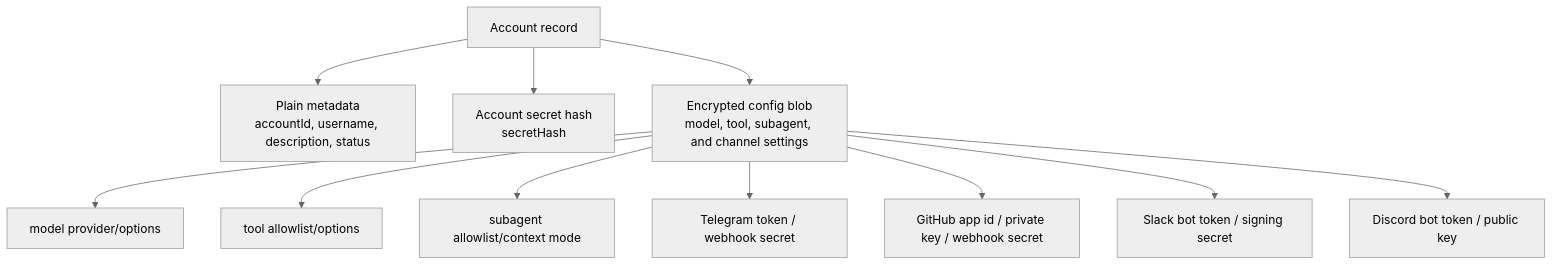
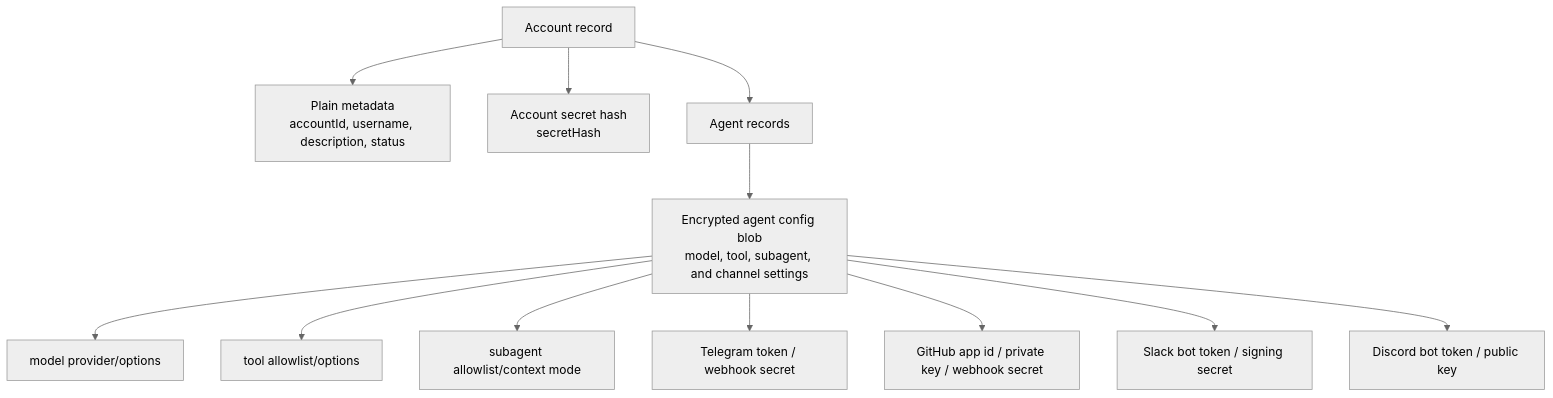
Before and after one commit to beeblastco/filthy-panty: the first of 2 diagrams in docs/data-security.md, drawn with Mermaid (neutral theme). The commit also changed other lines of this file and 35 other files, not shown here.

````diff
--- a/docs/data-security.md
+++ b/docs/data-security.md
@@ -7,14 +7,15 @@
 ```mermaid
 flowchart TD
   Account["Account record"] --> Meta["Plain metadata<br/>accountId, username, description, status"]
   Account --> Hash["Account secret hash<br/>secretHash"]
-  Account --> Config["Encrypted config blob<br/>model, tool, subagent, and channel settings"]
+  Account --> Agent["Agent records"]
+  Agent --> Config["Encrypted agent config blob<br/>model, tool, subagent, and channel settings"]
 
   Config --> Model["model provider/options"]
   Config --> Tools["tool allowlist/options"]
   Config --> Subagents["subagent allowlist/context mode"]
   Config --> Telegram["Telegram token / webhook secret"]
   Config --> GitHub["GitHub app id / private key / webhook secret"]
   Config --> Slack["Slack bot token / signing secret"]
   Config --> Discord["Discord bot token / public key"]
 ```
````
